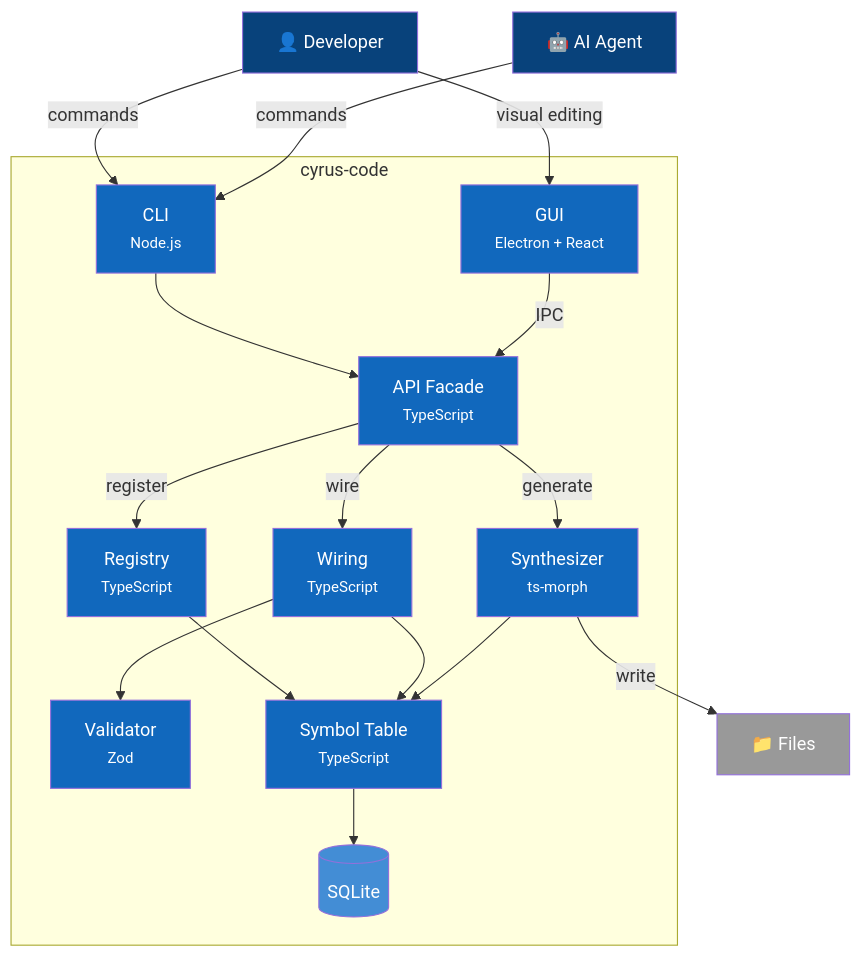
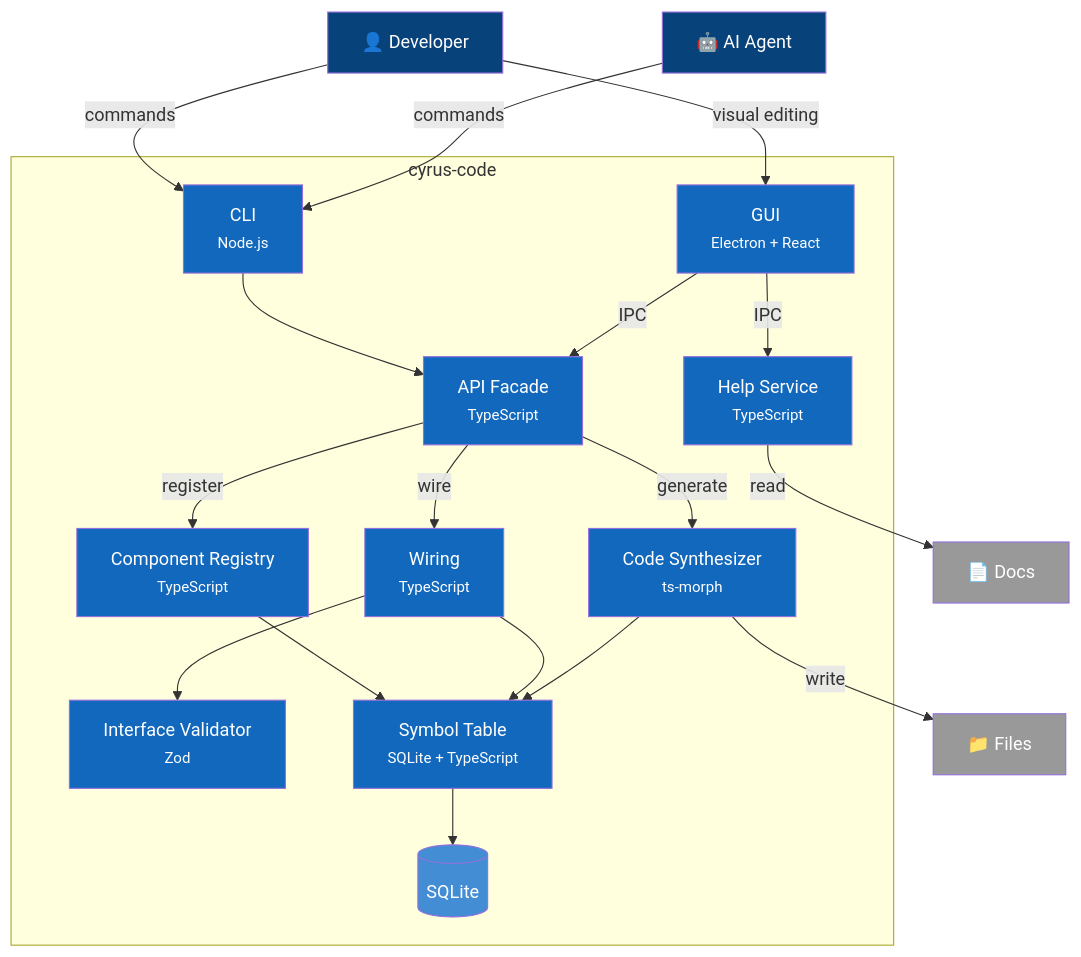
Before and after one commit to louipr/cyrus-code: the diagram in docs/c4/2-container.md, drawn with Mermaid. The commit also changed other lines of this file, not shown here.

Commit message:
fix(c4): add Help Service and improve container naming consistency
Quality improvements to C4 Level 2 Container diagram:

- Add Help Service container (fully implemented but was missing)
- Add architectural note: Help Service has direct IPC (not via API Facade)
- Use full container names (Component Registry, Interface Validator, Code Synthesizer)
- Fix Symbol Table technology label to "SQLite + TypeScript"
- Add Help Service to Core Services table
- Add external "Docs" system for Help Service reads

🤖 Generated with [Claude Code](https://claude.com/claude-code)

````diff
--- a/docs/c4/2-container.md
+++ b/docs/c4/2-container.md
@@ -15,46 +15,49 @@
 ```mermaid
 flowchart TB
     dev["👤 Developer"] -->|"commands"| cli
     dev -->|"visual editing"| gui
     ai["🤖 AI Agent"] -->|"commands"| cli
 
     subgraph cyrus ["cyrus-code"]
         cli["CLI<br/><small>Node.js</small>"]
         gui["GUI<br/><small>Electron + React</small>"]
 
         api["API Facade<br/><small>TypeScript</small>"]
+        help["Help Service<br/><small>TypeScript</small>"]
 
-        reg["Registry<br/><small>TypeScript</small>"]
+        reg["Component Registry<br/><small>TypeScript</small>"]
         wire["Wiring<br/><small>TypeScript</small>"]
-        val["Validator<br/><small>Zod</small>"]
-        synth["Synthesizer<br/><small>ts-morph</small>"]
+        val["Interface Validator<br/><small>Zod</small>"]
+        synth["Code Synthesizer<br/><small>ts-morph</small>"]
 
-        st["Symbol Table<br/><small>TypeScript</small>"]
+        st["Symbol Table<br/><small>SQLite + TypeScript</small>"]
         db[("SQLite")]
     end
 
     cli --> api
     gui -->|"IPC"| api
+    gui -->|"IPC"| help
 
     api -->|"register"| reg
     api -->|"wire"| wire
     api -->|"generate"| synth
 
     reg --> st
     wire --> val
     wire --> st
     synth --> st
 
     st --> db
     synth -->|"write"| fs["📁 Files"]
+    help -->|"read"| docs["📄 Docs"]
 
     classDef person fill:#08427b,color:#fff
     classDef container fill:#1168bd,color:#fff
     classDef storage fill:#438dd5,color:#fff
     classDef external fill:#999,color:#fff
 
     class dev,ai person
-    class cli,gui,api,reg,wire,val,synth,st container
+    class cli,gui,api,help,reg,wire,val,synth,st container
     class db storage
-    class fs external
+    class fs,docs external
 ```
````
